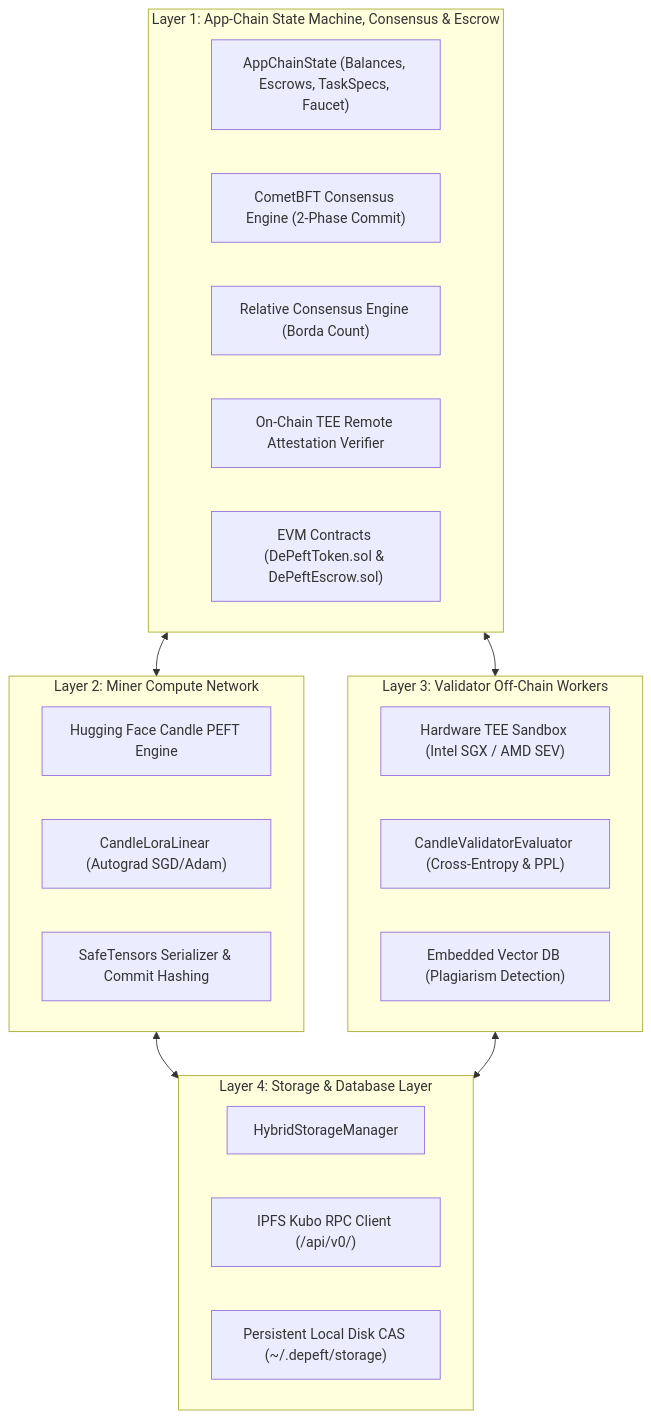
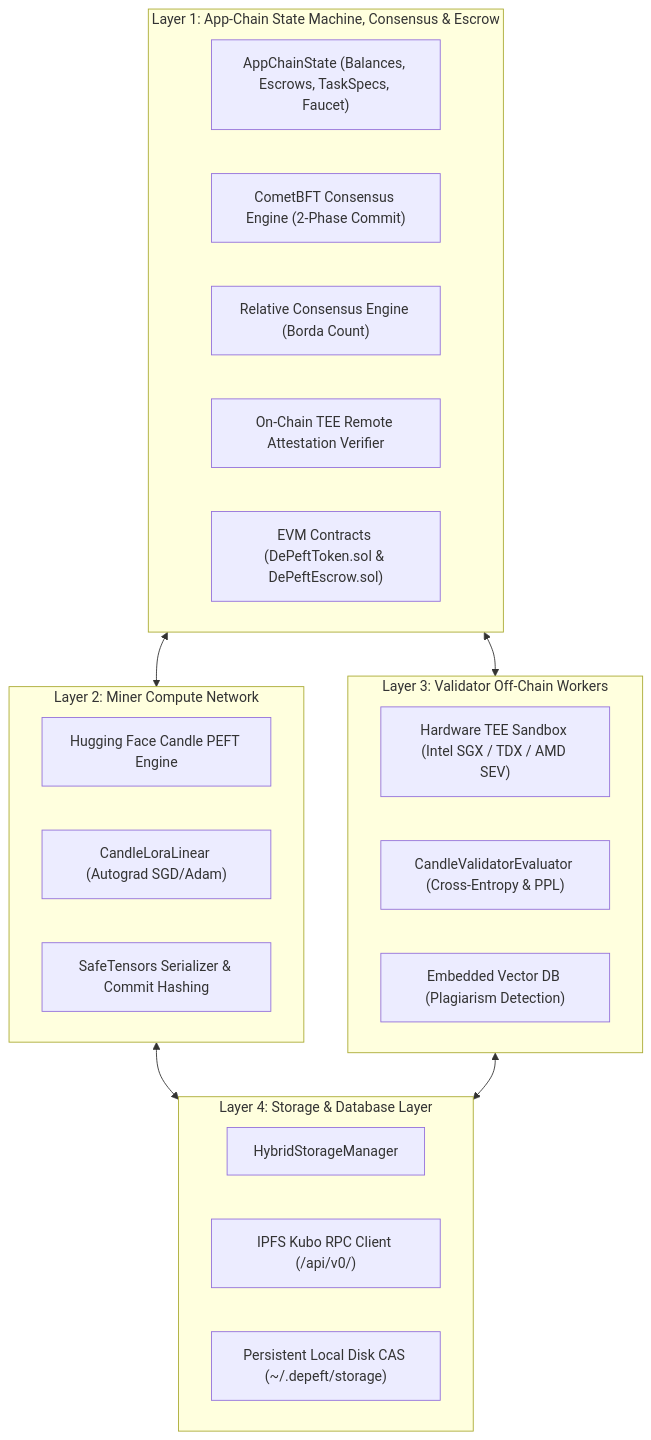
The diagram in ARCHITECTURE.md (KhoaIsReal/DePEFT), drawn with Mermaid before and after one commit. The commit also changed other lines of this file and 14 other files, not shown here.

Commit message:
feat(tee): add native Intel TDX remote attestation support for validators

````diff
--- a/ARCHITECTURE.md
+++ b/ARCHITECTURE.md
@@ -9,33 +9,33 @@
 ```mermaid
 graph TD
     subgraph Layer1["Layer 1: App-Chain State Machine, Consensus & Escrow"]
         ChainState["AppChainState (Balances, Escrows, TaskSpecs, Faucet)"]
         BftEngine["CometBFT Consensus Engine (2-Phase Commit)"]
         BordaEngine["Relative Consensus Engine (Borda Count)"]
         TeeVerifier["On-Chain TEE Remote Attestation Verifier"]
         SmartContracts["EVM Contracts (DePeftToken.sol & DePeftEscrow.sol)"]
     end
 
     subgraph Layer2["Layer 2: Miner Compute Network"]
         CandleEngine["Hugging Face Candle PEFT Engine"]
         LoraAutograd["CandleLoraLinear (Autograd SGD/Adam)"]
         SafeTensorsExport["SafeTensors Serializer & Commit Hashing"]
     end
 
     subgraph Layer3["Layer 3: Validator Off-Chain Workers"]
-        TeeEnclave["Hardware TEE Sandbox (Intel SGX / AMD SEV)"]
+        TeeEnclave["Hardware TEE Sandbox (Intel SGX / TDX / AMD SEV)"]
         Evaluator["CandleValidatorEvaluator (Cross-Entropy & PPL)"]
         VectorDB["Embedded Vector DB (Plagiarism Detection)"]
     end
 
     subgraph Layer4["Layer 4: Storage & Database Layer"]
         HybridStorage["HybridStorageManager"]
         IpfsKubo["IPFS Kubo RPC Client (/api/v0/)"]
         DiskCas["Persistent Local Disk CAS (~/.depeft/storage)"]
     end
 
     Layer1 <--> Layer2
     Layer1 <--> Layer3
     Layer2 <--> Layer4
     Layer3 <--> Layer4
 ```
````
